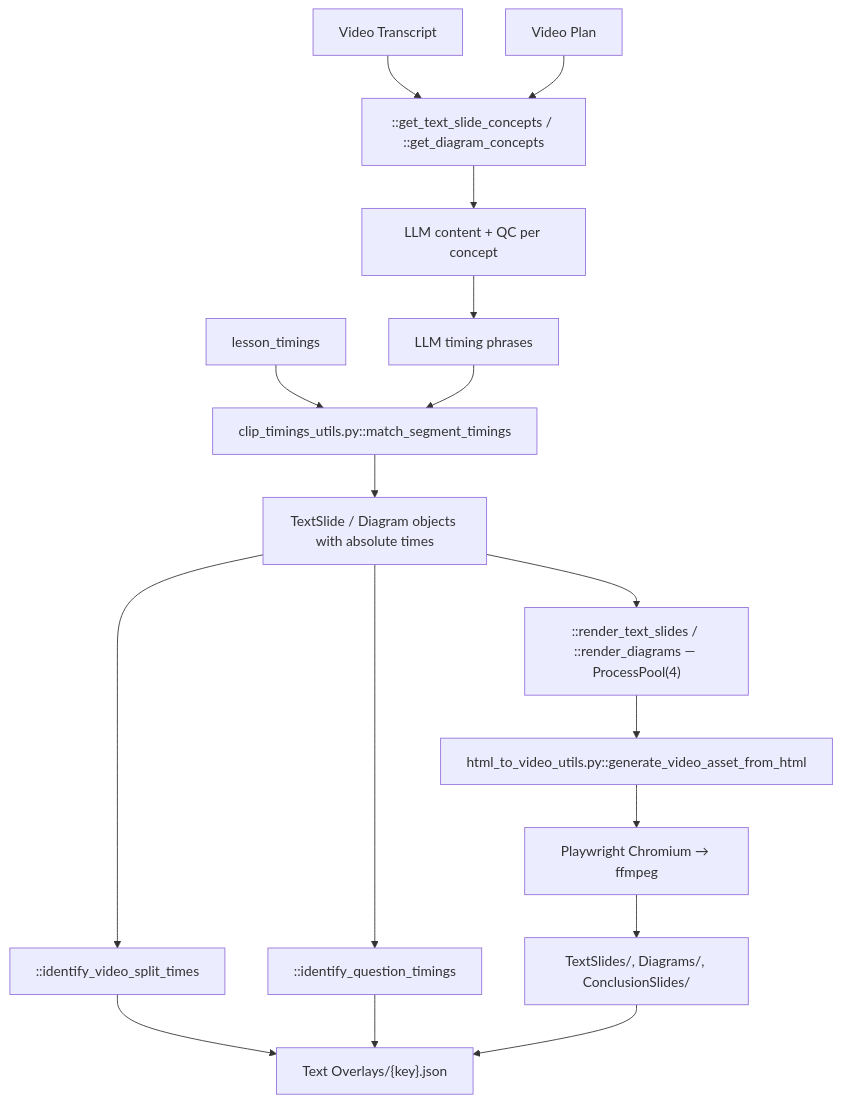
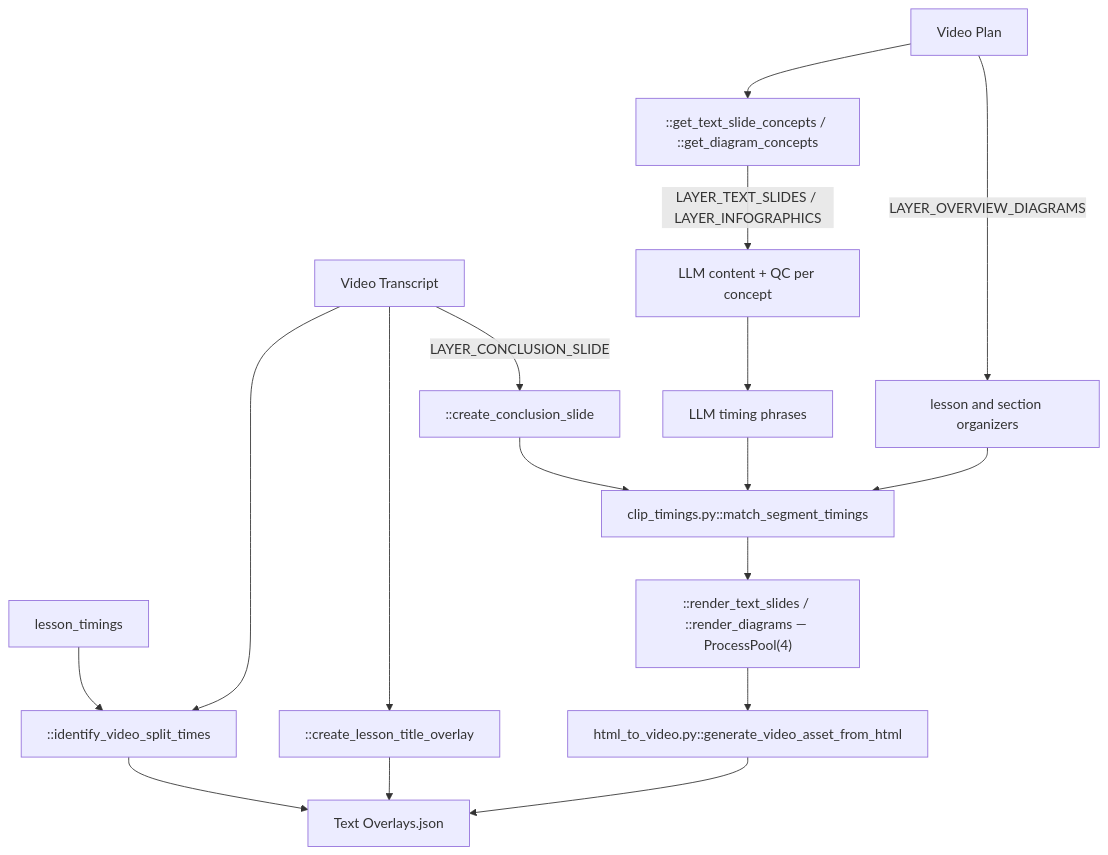
One commit to BekhruzT/Stele changed the diagram in generation/docs/architecture/06-text-overlays.md. Above: the diagram before and after it, drawn with Mermaid. The commit also changed other lines of this file and 18 other files, not shown here.

````diff
--- a/generation/docs/architecture/06-text-overlays.md
+++ b/generation/docs/architecture/06-text-overlays.md
@@ -47,19 +46,19 @@
 ```mermaid
 flowchart TD
-  TR["Video Transcript"] --> Sel
+  TR["Video Transcript"] --> Split["::identify_video_split_times"]
+  AV["lesson_timings"] --> Split
+  TR --> Title["::create_lesson_title_overlay"]
   VP["Video Plan"] --> Sel["::get_text_slide_concepts / ::get_diagram_concepts"]
-  AV["lesson_timings"] --> Match
-  Sel --> Content["LLM content + QC per concept"]
+  Sel -->|"LAYER_TEXT_SLIDES / LAYER_INFOGRAPHICS"| Content["LLM content + QC per concept"]
   Content --> Phrase["LLM timing phrases"]
-  Phrase --> Match["clip_timings_utils.py::match_segment_timings"]
-  Match --> Objs["TextSlide / Diagram objects with absolute times"]
-  Objs --> Render["::render_text_slides / ::render_diagrams — ProcessPool(4)"]
-  Render --> HTML["html_to_video_utils.py::generate_video_asset_from_html"]
-  HTML --> Playwright["Playwright Chromium → ffmpeg"]
-  Playwright --> Media["TextSlides/, Diagrams/, ConclusionSlides/"]
-  Objs --> Splits["::identify_video_split_times"]
-  Objs --> Qs["::identify_question_timings"]
-  Splits --> Out["Text Overlays/{key}.json"]
-  Qs --> Out
-  Media --> Out
+  Phrase --> Match["clip_timings.py::match_segment_timings"]
+  VP -->|"LAYER_OVERVIEW_DIAGRAMS"| Org["lesson and section organizers"]
+  TR -->|"LAYER_CONCLUSION_SLIDE"| Concl["::create_conclusion_slide"]
+  Org --> Match
+  Concl --> Match
+  Match --> Render["::render_text_slides / ::render_diagrams — ProcessPool(4)"]
+  Render --> HTML["html_to_video.py::generate_video_asset_from_html"]
+  Split --> Out["Text Overlays.json"]
+  Title --> Out
+  HTML --> Out
 ```
````
